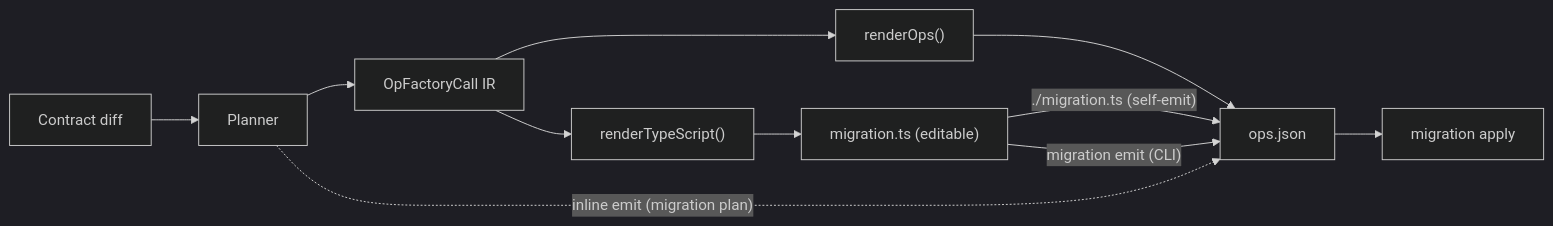
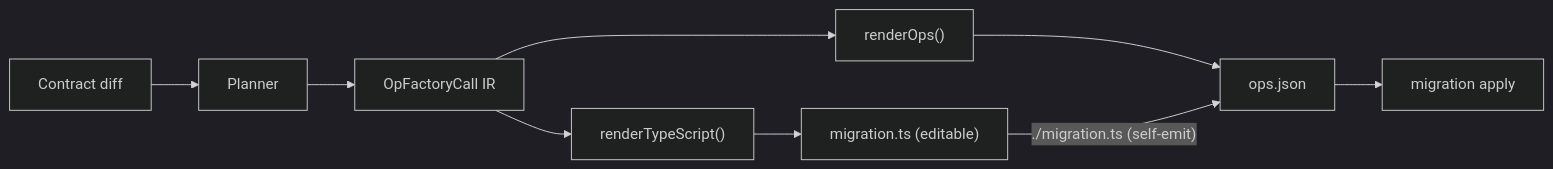
The second of 3 diagrams in docs/architecture docs/subsystems/7. Migration System.md (prisma/prisma-next), drawn with Mermaid (dark theme) before and after one commit. The commit also changed other lines of this file, not shown here.

First line of the commit message:
docs(migration-system): scrub removed `migration emit` / `inline emit` references

````diff
--- a/docs/architecture docs/subsystems/7. Migration System.md
+++ b/docs/architecture docs/subsystems/7. Migration System.md
@@ -42,13 +42,11 @@
 ```mermaid
 flowchart LR
   diff[Contract diff] --> planner[Planner]
   planner --> ir["OpFactoryCall IR"]
   ir --> renderTs["renderTypeScript()"]
   ir --> renderOps["renderOps()"]
   renderTs --> ts["migration.ts (editable)"]
   renderOps --> ops["ops.json"]
   ts -->|"./migration.ts (self-emit)"| ops
-  ts -->|"migration emit (CLI)"| ops
-  planner -.->|"inline emit (migration plan)"| ops
   ops --> apply["migration apply"]
 ```
````
